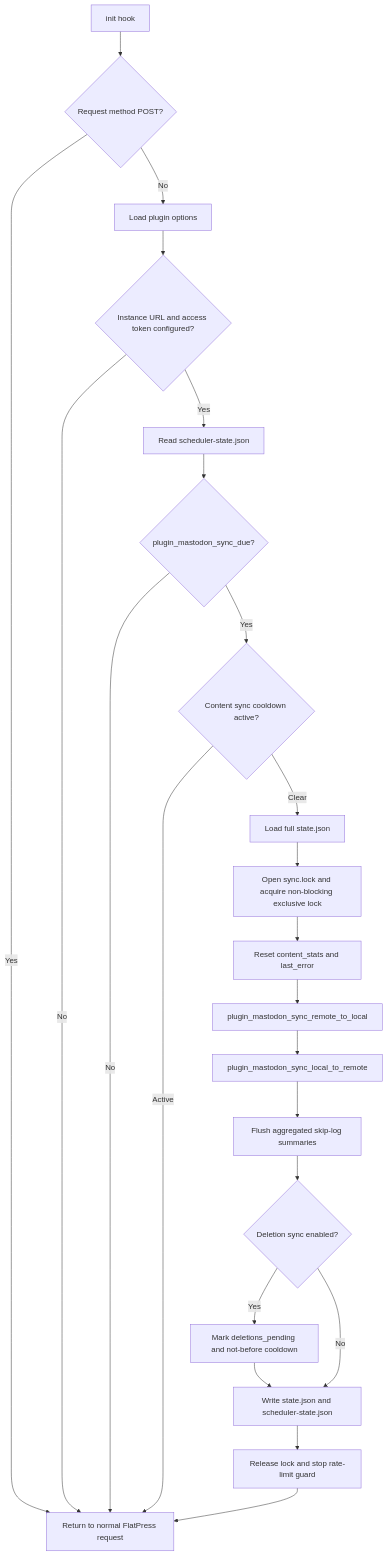
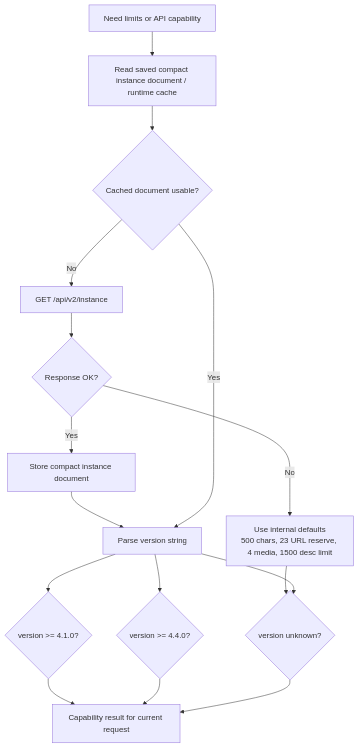
One commit to flatpressblog/flatpress changed diagram 19 of 32 in fp-plugins/mastodon/Plugin-Process-Flow.md. Above: the diagram before and after it, drawn with Mermaid. The commit also changed other lines of this file and 4 other files, not shown here.

````diff
--- a/fp-plugins/mastodon/Plugin-Process-Flow.md
+++ b/fp-plugins/mastodon/Plugin-Process-Flow.md
@@ -360,35 +651,27 @@
 ```mermaid
 flowchart TD
-    Init["init hook"]
-    Method{"Request method POST?"}
-    Options["Load plugin options"]
-    Configured{"Instance URL and access token configured?"}
-    Scheduler["Read scheduler-state.json"]
-    Due{"plugin_mastodon_sync_due?"}
-    Guard{"Content sync cooldown active?"}
-    Lock["Open sync.lock and acquire non-blocking exclusive lock"]
-    FullState["Load full state.json"]
-    Stats["Reset content_stats and last_error"]
-    RemoteToLocal["plugin_mastodon_sync_remote_to_local"]
-    LocalToRemote["plugin_mastodon_sync_local_to_remote"]
-    FlushSkips["Flush aggregated skip-log summaries"]
-    Write["Write state.json and scheduler-state.json"]
-    DeletePending{"Deletion sync enabled?"}
-    Pending["Mark deletions_pending and not-before cooldown"]
-    Release["Release lock and stop rate-limit guard"]
-    End["Return to normal FlatPress request"]
+    NeedCaps["Need limits or API capability"]
+    Cache["Read saved compact instance document / runtime cache"]
+    HasDoc{"Cached document usable?"}
+    Fetch["GET /api/v2/instance"]
+    OK{"Response OK?"}
+    Store["Store compact instance document"]
+    Defaults["Use internal defaults<br/>500 chars, 23 URL reserve, 4 media, 1500 desc limit"]
+    Version["Parse version string"]
+    MediaAttrs{"version >= 4.1.0?"}
+    DeleteMedia{"version >= 4.4.0?"}
+    Unknown{"version unknown?"}
+    Capabilities["Capability result for current request"]
 
-    Init --> Method
-    Method -- "Yes" --> End
-    Method -- "No" --> Options --> Configured
-    Configured -- "No" --> End
-    Configured -- "Yes" --> Scheduler --> Due
-    Due -- "No" --> End
-    Due -- "Yes" --> Guard
-    Guard -- "Active" --> End
-    Guard -- "Clear" --> FullState --> Lock
-    Lock --> Stats --> RemoteToLocal --> LocalToRemote --> FlushSkips --> DeletePending
-    DeletePending -- "Yes" --> Pending --> Write
-    DeletePending -- "No" --> Write
-    Write --> Release --> End
+    NeedCaps --> Cache --> HasDoc
+    HasDoc -- "No" --> Fetch --> OK
+    OK -- "Yes" --> Store --> Version
+    OK -- "No" --> Defaults --> Unknown
+    HasDoc -- "Yes" --> Version
+    Version --> MediaAttrs
+    Version --> DeleteMedia
+    Version --> Unknown
+    MediaAttrs --> Capabilities
+    DeleteMedia --> Capabilities
+    Unknown --> Capabilities
 ```
````
